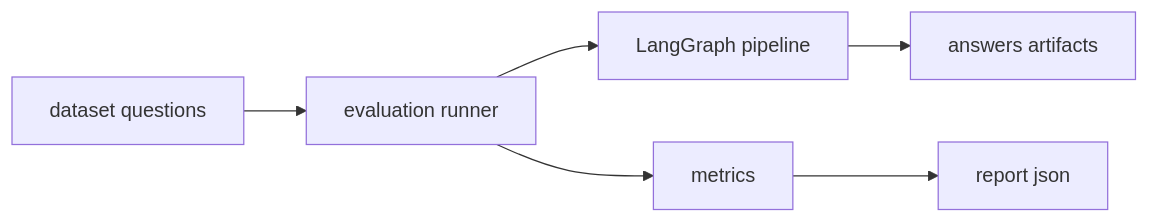
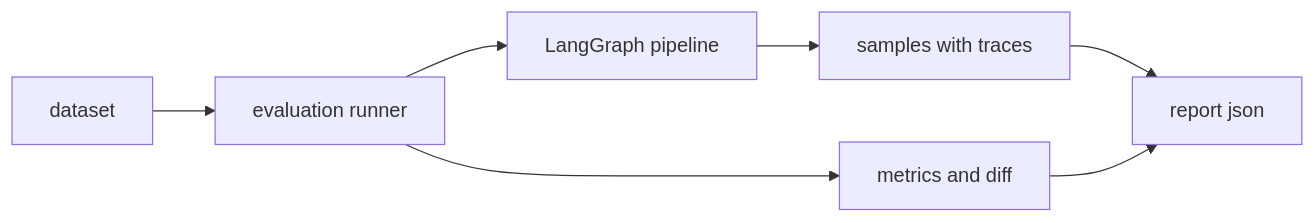
Before and after one commit to Zheng-Chuan/RiskAgent-AgenticRAG: the diagram in docs/EVALUATION.md, drawn with Mermaid. The commit also changed other lines of this file and 33 other files, not shown here.

````diff
--- a/docs/EVALUATION.md
+++ b/docs/EVALUATION.md
@@ -15,8 +15,9 @@
 ```mermaid
 flowchart LR
-  Q[dataset questions] --> RUN[evaluation runner]
+  Q[dataset] --> RUN[evaluation runner]
   RUN --> SYS[LangGraph pipeline]
-  SYS --> OUT[answers artifacts]
-  RUN --> MET[metrics]
-  MET --> REP[report json]
+  SYS --> S[samples with traces]
+  RUN --> M[metrics and diff]
+  S --> R[report json]
+  M --> R
 ```
````
